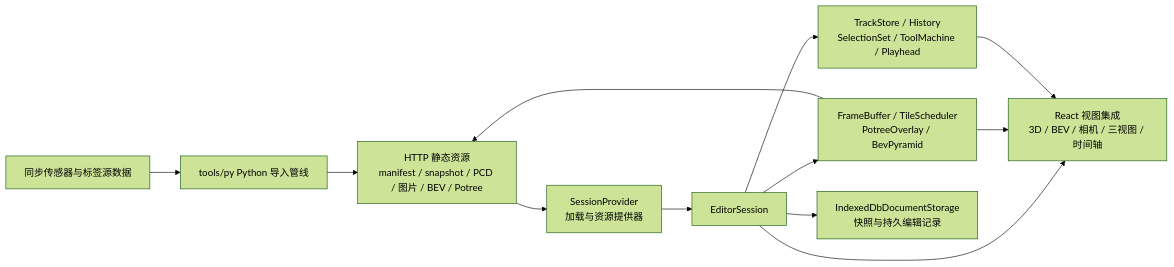
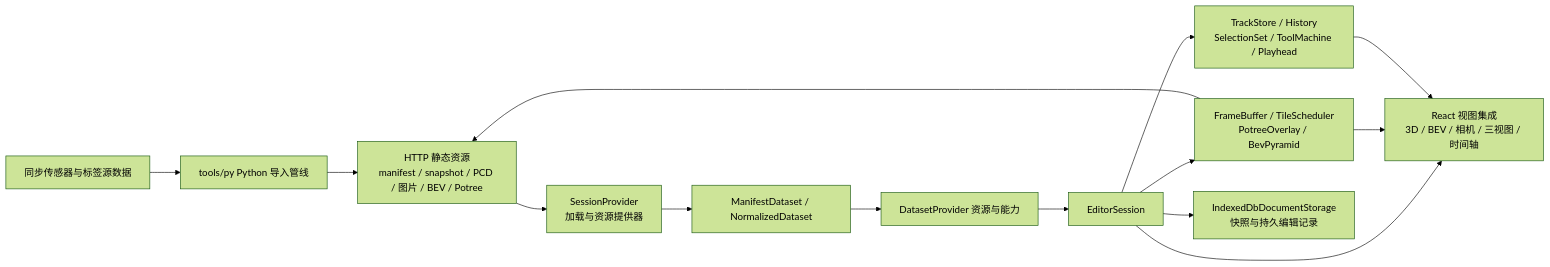
One commit to label4d/label4d changed the first of 4 diagrams in docs/architecture.md. Above: the diagram before and after it, drawn with Mermaid (forest theme). The commit also changed other lines of this file and 12 other files, not shown here.

Commit message:
refactor(dataset): unify v1 and normalized resource providers

````diff
--- a/docs/architecture.md
+++ b/docs/architecture.md
@@ -7,20 +7,22 @@
 ```mermaid
 flowchart LR
   source[同步传感器与标签源数据] --> python[tools/py Python 导入管线]
   python --> assets[HTTP 静态资源
 manifest / snapshot / PCD / 图片 / BEV / Potree]
   assets --> provider[SessionProvider
 加载与资源提供器]
-  provider --> session[EditorSession]
+  provider --> adapters[ManifestDataset / NormalizedDataset]
+  adapters --> dataset[DatasetProvider 资源与能力]
+  dataset --> session[EditorSession]
   session --> resources[FrameBuffer / TileScheduler
 PotreeOverlay / BevPyramid]
   resources --> assets
   session --> domain[TrackStore / History
 SelectionSet / ToolMachine / Playhead]
   session --> views[React 视图集成
 3D / BEV / 相机 / 三视图 / 时间轴]
   resources --> views
   domain --> views
   session --> storage[IndexedDbDocumentStorage
 快照与持久编辑记录]
 ```
````
